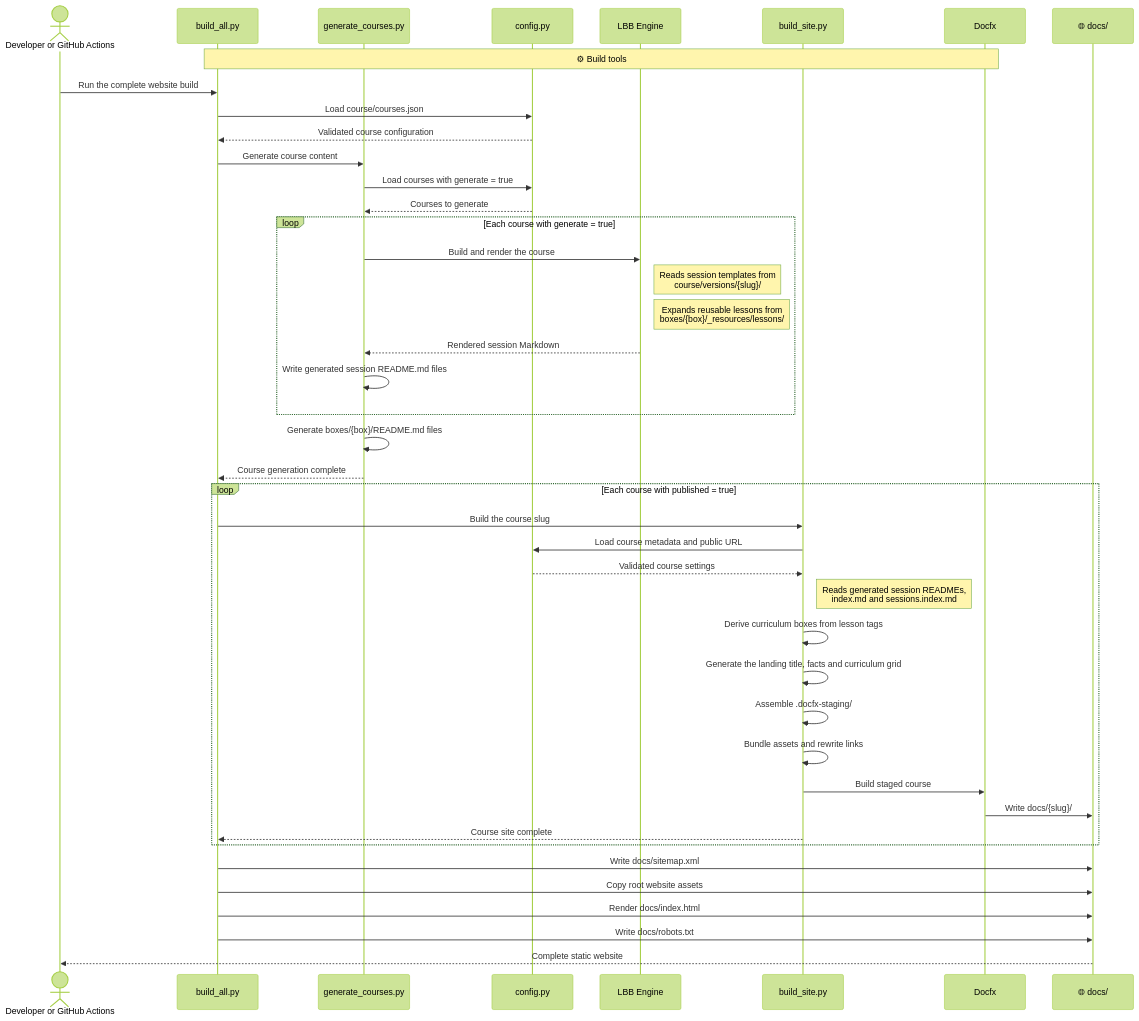
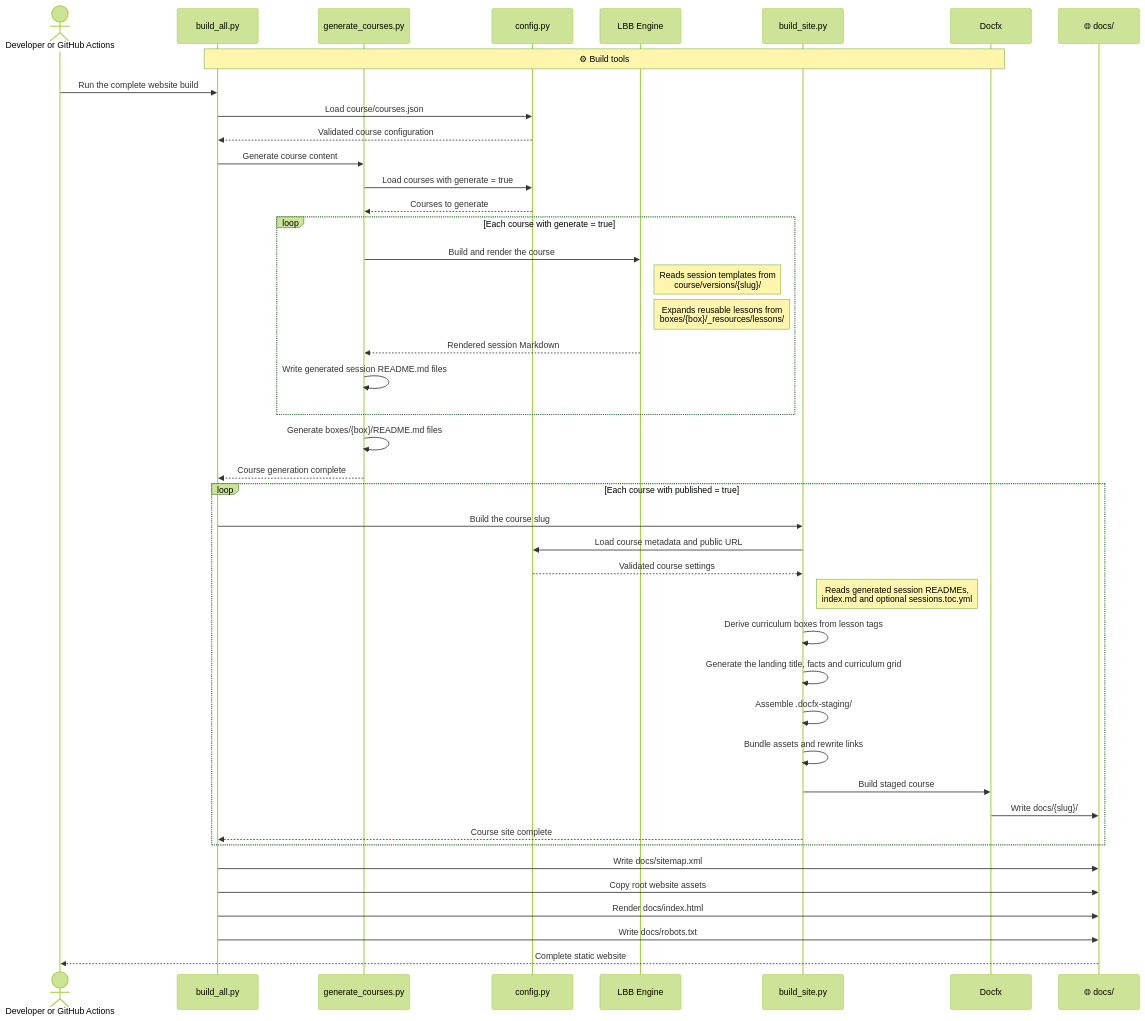
Before and after one commit to NoBlackBoxes/LastBlackBox: the second of 2 diagrams in course/tools/docfx/README.md, drawn with Mermaid (forest theme). The commit also changed other lines of this file and 11 other files, not shown here.

Commit message:
refactor course sites to use native Docfx navigation - remove redundant custom navigation and theme controls - simplify breadcrumbs and the course/session hierarchy - remove separate session overview pages - update architecture and local-development documentation

````diff
--- a/course/tools/docfx/README.md
+++ b/course/tools/docfx/README.md
@@ -98,54 +100,54 @@
 ```mermaid
 sequenceDiagram
     actor Runner as Developer or GitHub Actions
     participant Build as build_all.py
     participant Courses as generate_courses.py
     participant Config as config.py
     participant Engine as LBB Engine
     participant Site as build_site.py
     participant Docfx
     participant Output as 🌐︎ docs/
 
     Note over Build,Docfx: ⚙︎ Build tools
 
     Runner->>Build: Run the complete website build
 
     Build->>Config: Load course/courses.json
     Config-->>Build: Validated course configuration
 
     Build->>Courses: Generate course content
     Courses->>Config: Load courses with generate = true
     Config-->>Courses: Courses to generate
 
     loop Each course with generate = true
         Courses->>Engine: Build and render the course
         Note right of Engine: Reads session templates from<br/>course/versions/{slug}/
         Note right of Engine: Expands reusable lessons from<br/>boxes/{box}/_resources/lessons/
         Engine-->>Courses: Rendered session Markdown
         Courses->>Courses: Write generated session README.md files
     end
 
     Courses->>Courses: Generate boxes/{box}/README.md files
     Courses-->>Build: Course generation complete
 
     loop Each course with published = true
         Build->>Site: Build the course slug
         Site->>Config: Load course metadata and public URL
         Config-->>Site: Validated course settings
-        Note right of Site: Reads generated session READMEs,<br/>index.md and sessions.index.md
+        Note right of Site: Reads generated session READMEs,<br/>index.md and optional sessions.toc.yml
         Site->>Site: Derive curriculum boxes from lesson tags
         Site->>Site: Generate the landing title, facts and curriculum grid
         Site->>Site: Assemble .docfx-staging/
         Site->>Site: Bundle assets and rewrite links
         Site->>Docfx: Build staged course
         Docfx->>Output: Write docs/{slug}/
         Site-->>Build: Course site complete
     end
 
     Build->>Output: Write docs/sitemap.xml
     Build->>Output: Copy root website assets
     Build->>Output: Render docs/index.html
     Build->>Output: Write docs/robots.txt
 
     Output-->>Runner: Complete static website
 ```
````
